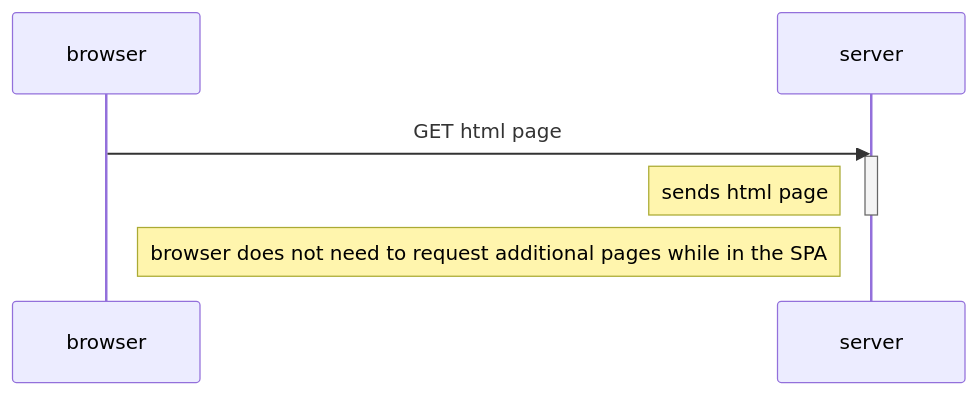
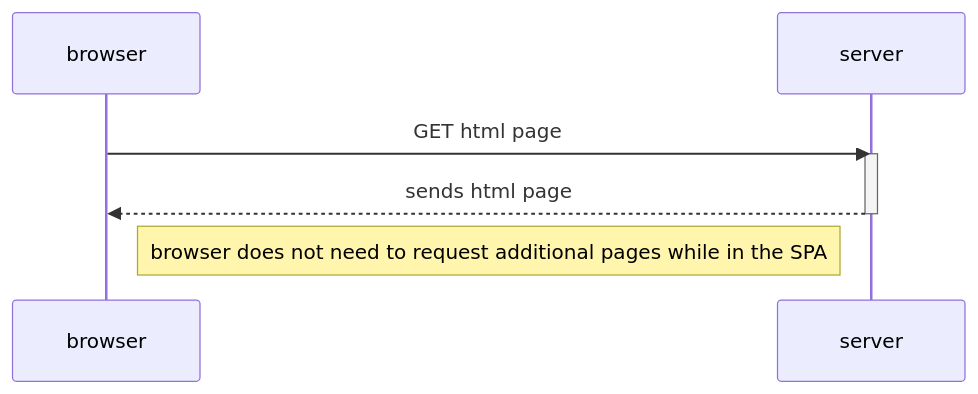
Before and after one commit to ddomhall/fullstackopen: the diagram in p0/0.5.mmd, drawn with Mermaid.

Commit message:
note -> action

```diff
--- a/p0/0.5.mmd
+++ b/p0/0.5.mmd
@@ -1,9 +1,9 @@
 sequenceDiagram
     participant browser
     participant server
 
     browser->>server: GET html page
     activate server
-    Note left of server: sends html page
+    server-->>browser: sends html page
     deactivate server
     Note right of browser: browser does not need to request additional pages while in the SPA
```
